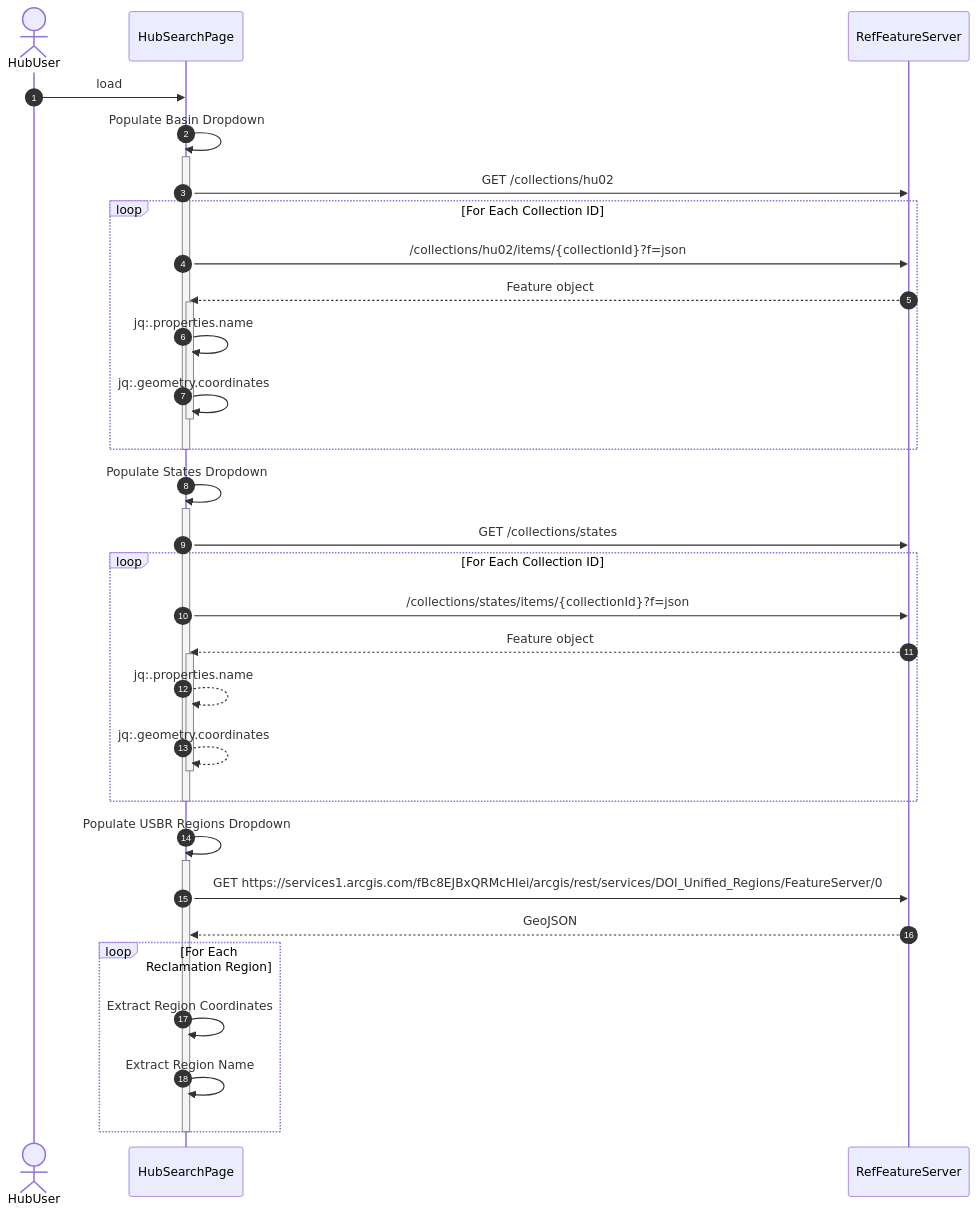
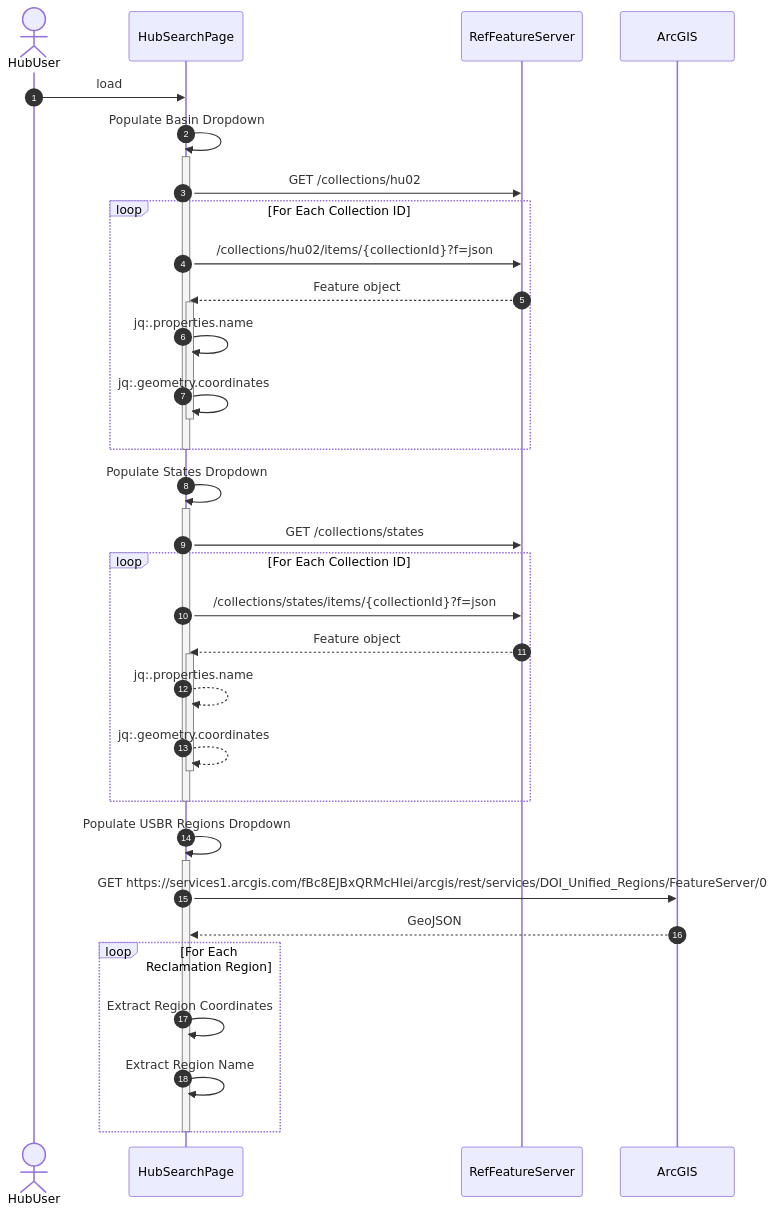
Before and after one commit to adplincinst/usbr: the first of 3 diagrams in monday.com/USBR-272/README.md, drawn with Mermaid.

Commit message:
updated 'Load Filters' to display interaction with ArcGIS. previously had correct url but showed interacting with Ref Feat. srv

````diff
--- a/monday.com/USBR-272/README.md
+++ b/monday.com/USBR-272/README.md
@@ -70,51 +70,53 @@
 ```mermaid
 sequenceDiagram
 autonumber
 actor HubUser
 participant HubSearchPage
 #participant EDRAPI
 participant RefFeatureServer
+participant ArcGIS
+
 
 HubUser ->> HubSearchPage: load
 HubSearchPage ->> HubSearchPage: Populate Basin Dropdown
 activate HubSearchPage
 HubSearchPage ->> RefFeatureServer: GET /collections/hu02
 loop For Each Collection ID
 HubSearchPage ->> RefFeatureServer: /collections/hu02/items/{collectionId}?f=json
 RefFeatureServer -->> HubSearchPage: Feature object
 activate HubSearchPage
 HubSearchPage ->> HubSearchPage: jq:.properties.name
 HubSearchPage ->> HubSearchPage: jq:.geometry.coordinates
 deactivate HubSearchPage
 
 end
 deactivate HubSearchPage
 
 
 HubSearchPage ->> HubSearchPage: Populate States Dropdown
 activate HubSearchPage
 HubSearchPage ->> RefFeatureServer: GET /collections/states
 loop For Each Collection ID
   HubSearchPage ->> RefFeatureServer: /collections/states/items/{collectionId}?f=json
   RefFeatureServer-->> HubSearchPage: Feature object
   activate HubSearchPage
   HubSearchPage -->> HubSearchPage: jq:.properties.name
   HubSearchPage -->> HubSearchPage: jq:.geometry.coordinates
   deactivate HubSearchPage
 end
 deactivate HubSearchPage
 
 
 HubSearchPage ->> HubSearchPage: Populate USBR Regions Dropdown
 activate HubSearchPage
-HubSearchPage ->> RefFeatureServer: GET https://services1.arcgis.com/fBc8EJBxQRMcHlei/arcgis/rest/services/DOI_Unified_Regions/FeatureServer/0
-RefFeatureServer -->> HubSearchPage: GeoJSON
+HubSearchPage ->> ArcGIS: GET https://services1.arcgis.com/fBc8EJBxQRMcHlei/arcgis/rest/services/DOI_Unified_Regions/FeatureServer/0
+ArcGIS -->> HubSearchPage: GeoJSON
 
 loop For Each Reclamation Region
   HubSearchPage ->> HubSearchPage: Extract Region Coordinates
   HubSearchPage ->> HubSearchPage: Extract Region Name
 
 end
 deactivate HubSearchPage
 
 ```
````
